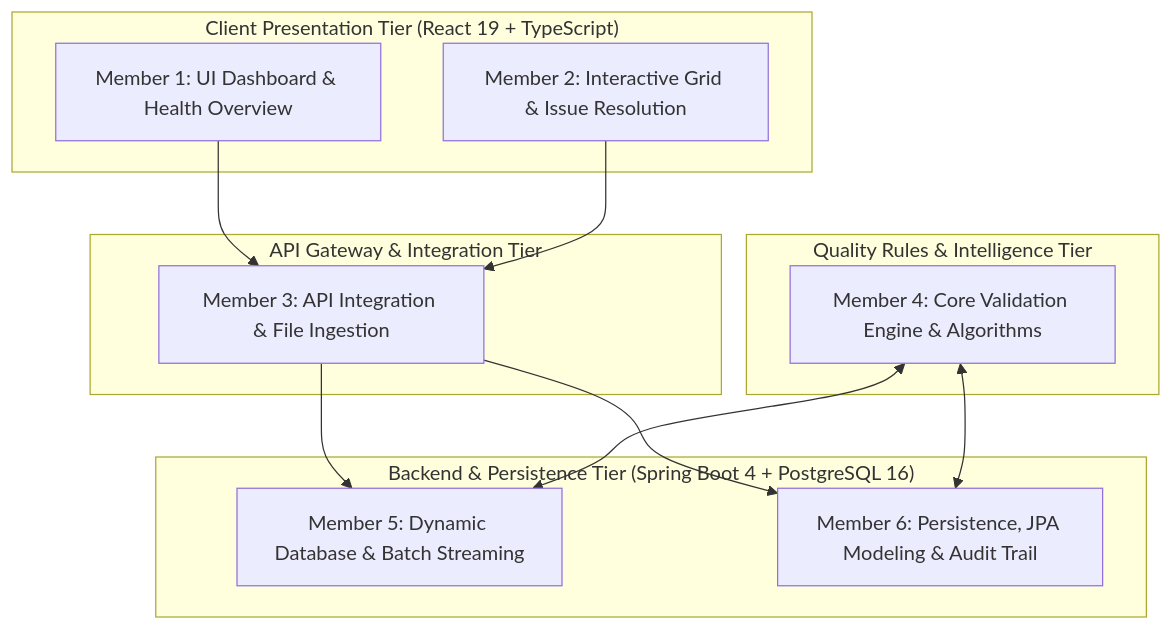
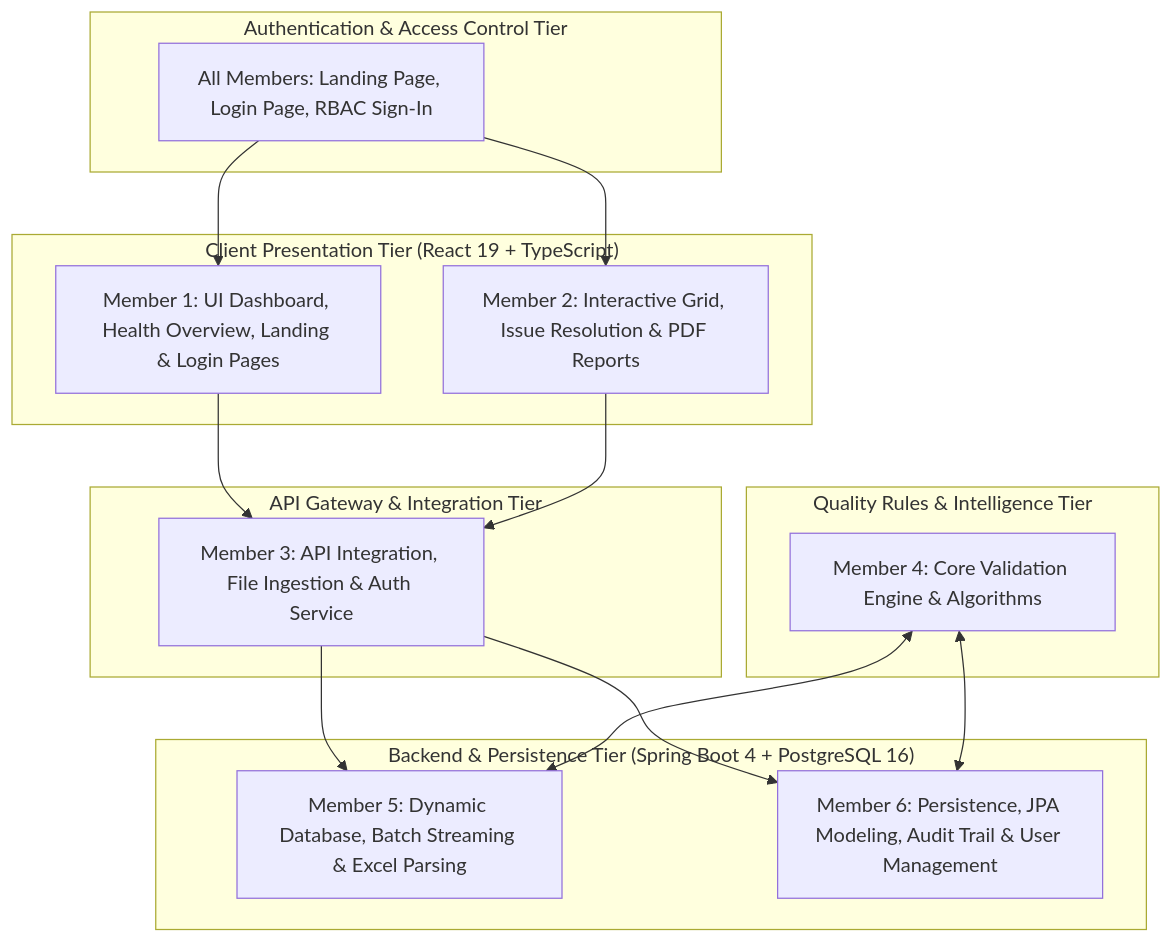
One commit to VaibhavBahuguna1008/SilentGuard changed the third of 3 diagrams in NOTION_NOTES.md. Above: the diagram before and after it, drawn with Mermaid. The commit also changed other lines of this file, not shown here.

Commit message:
docs: extend NOTION_NOTES with Phase 2 tasks for all 6 members (RBAC, Excel, PDF, Landing/Login, Run History)

````diff
--- a/NOTION_NOTES.md
+++ b/NOTION_NOTES.md
@@ -233,27 +242,33 @@
 ```mermaid
 flowchart TD
+    subgraph Auth_Tier["Authentication & Access Control Tier"]
+        AUTH["All Members: Landing Page, Login Page, RBAC Sign-In"]
+    end
+
     subgraph UI_Tier["Client Presentation Tier (React 19 + TypeScript)"]
-        M1["Member 1: UI Dashboard & Health Overview"]
-        M2["Member 2: Interactive Grid & Issue Resolution"]
+        M1["Member 1: UI Dashboard, Health Overview, Landing & Login Pages"]
+        M2["Member 2: Interactive Grid, Issue Resolution & PDF Reports"]
     end
 
     subgraph Gateway_Tier["API Gateway & Integration Tier"]
-        M3["Member 3: API Integration & File Ingestion"]
+        M3["Member 3: API Integration, File Ingestion & Auth Service"]
     end
 
     subgraph Intelligence_Tier["Quality Rules & Intelligence Tier"]
         M4["Member 4: Core Validation Engine & Algorithms"]
     end
 
     subgraph Data_Tier["Backend & Persistence Tier (Spring Boot 4 + PostgreSQL 16)"]
-        M5["Member 5: Dynamic Database & Batch Streaming"]
-        M6["Member 6: Persistence, JPA Modeling & Audit Trail"]
+        M5["Member 5: Dynamic Database, Batch Streaming & Excel Parsing"]
+        M6["Member 6: Persistence, JPA Modeling, Audit Trail & User Management"]
     end
 
+    AUTH --> M1
+    AUTH --> M2
     M1 --> M3
     M2 --> M3
     M3 --> M5
     M3 --> M6
     M4 <--> M5
     M4 <--> M6
 ```
````
